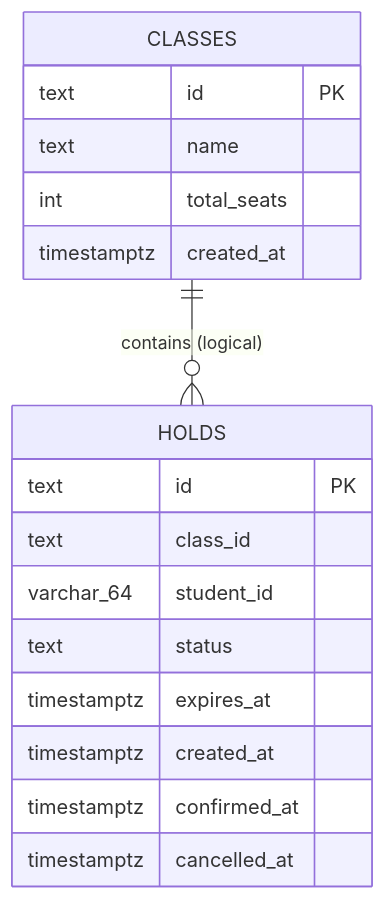
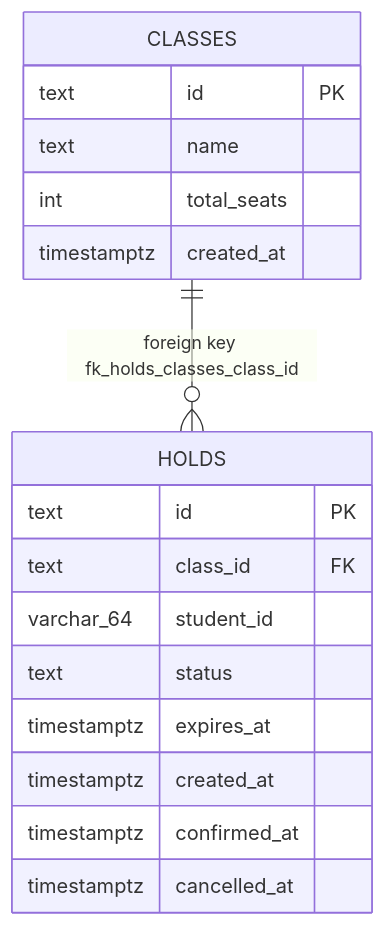
One commit to axif0/School-Admission-System changed the first of 2 diagrams in feedback.md. Above: the diagram before and after it, drawn with Mermaid. The commit also changed 5 other files, not shown here.

````diff
--- a/feedback.md
+++ b/feedback.md
@@ -360,20 +360,20 @@
 ```mermaid
 erDiagram
-    CLASSES ||--o{ HOLDS : "contains (logical)"
+    CLASSES ||--o{ HOLDS : "foreign key fk_holds_classes_class_id"
     CLASSES {
         text id PK
         text name
         int total_seats
         timestamptz created_at
     }
     HOLDS {
         text id PK
-        text class_id
+        text class_id FK
         varchar_64 student_id
         text status
         timestamptz expires_at
         timestamptz created_at
         timestamptz confirmed_at
         timestamptz cancelled_at
     }
 ```
````
